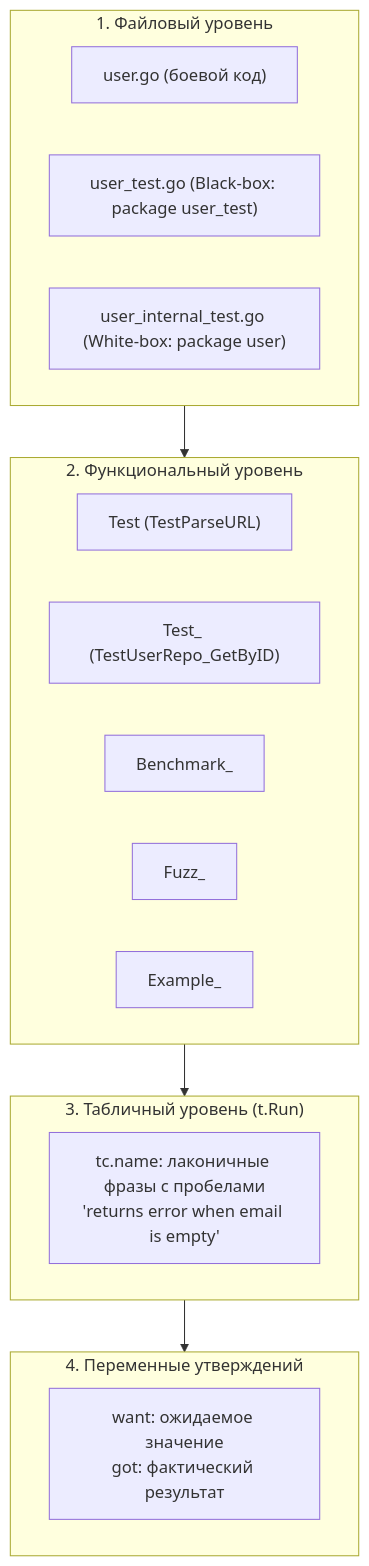
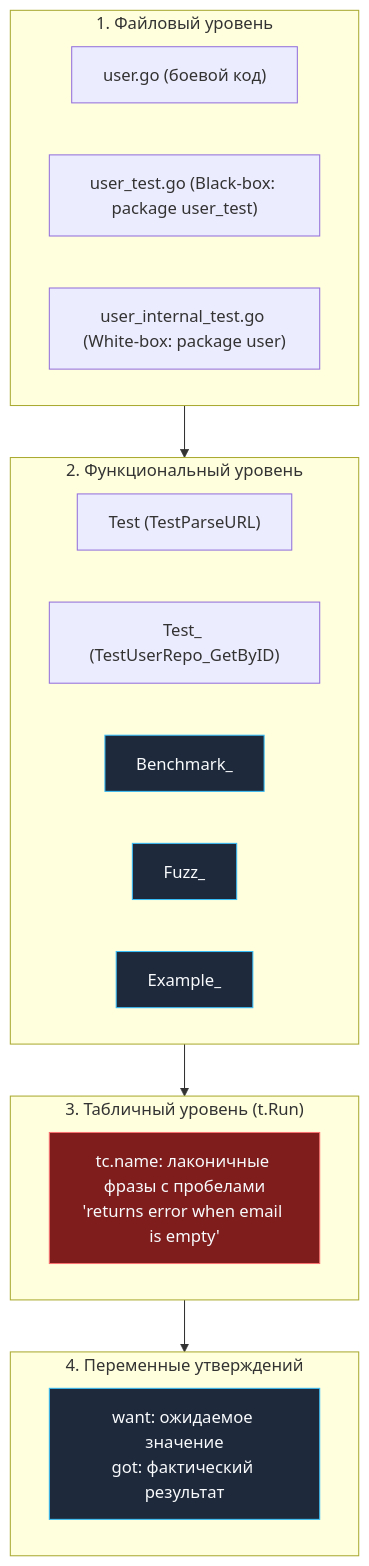
The diagram in sources/15. Тестирование в Go (QA & Testing)/10. Практика и CI/2. Naming conventions.md (UnrealTemplier/go-textbook), drawn with Mermaid before and after one commit. The commit also changed 1666 other files, not shown here.

First line of the commit message:
feat(mermaid): add semantic color classDef to 1369 colorless flowchart/graph diagrams

````diff
--- a/sources/15. Тестирование в Go (QA & Testing)/10. Практика и CI/2. Naming conventions.md
+++ b/sources/15. Тестирование в Go (QA & Testing)/10. Практика и CI/2. Naming conventions.md
@@ -9,22 +9,32 @@
 ```mermaid
 flowchart TD
+    classDef process  fill:#1e293b,stroke:#38bdf8,stroke-width:1px,color:#f8fafc
+    classDef success  fill:#064e3b,stroke:#34d399,stroke-width:1px,color:#f8fafc
+    classDef error    fill:#7f1d1d,stroke:#f87171,stroke-width:1px,color:#f8fafc
+    classDef warning  fill:#78350f,stroke:#fbbf24,stroke-width:1px,color:#f8fafc
+    classDef entry    fill:#1e3a5f,stroke:#38bdf8,stroke-width:2px,color:#f8fafc
+    classDef aux      fill:#334155,stroke:#64748b,stroke-width:1px,color:#f8fafc
+    classDef system   fill:#312e81,stroke:#a78bfa,stroke-width:1px,color:#f8fafc
+    classDef data     fill:#132d29,stroke:#2dd4bf,stroke-width:1px,color:#f8fafc
+    classDef network  fill:#881337,stroke:#fb7185,stroke-width:1px,color:#f8fafc
+    classDef accent   fill:#1e1b4b,stroke:#818cf8,stroke-width:1px,color:#f8fafc
     subgraph Files["1. Файловый уровень"]
         F1["user.go (боевой код)"]
         F2["user_test.go (Black-box: package user_test)"]
         F3["user_internal_test.go (White-box: package user)"]
     end
     subgraph Funcs["2. Функциональный уровень"]
         FN1["Test<Func> (TestParseURL)"]
         FN2["Test<Type>_<Method> (TestUserRepo_GetByID)"]
-        FN3["Benchmark<Type>_<Method>"]
-        FN4["Fuzz<Type>_<Method>"]
-        FN5["Example<Type>_<Method>"]
+        FN3["Benchmark<Type>_<Method>"]:::process
+        FN4["Fuzz<Type>_<Method>"]:::process
+        FN5["Example<Type>_<Method>"]:::process
     end
     subgraph Runs["3. Табличный уровень (t.Run)"]
-        TR["tc.name: лаконичные фразы с пробелами<br/>'returns error when email is empty'"]
+        TR["tc.name: лаконичные фразы с пробелами<br/>'returns error when email is empty'"]:::error
     end
     subgraph Vars["4. Переменные утверждений"]
-        WG["want: ожидаемое значение<br/>got: фактический результат"]
+        WG["want: ожидаемое значение<br/>got: фактический результат"]:::process
     end
     Files --> Funcs --> Runs --> Vars
 ```
````
